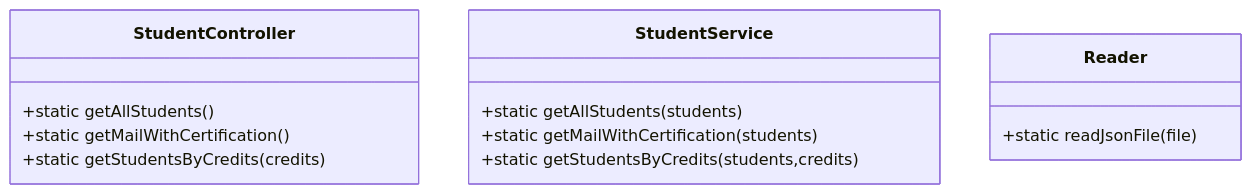
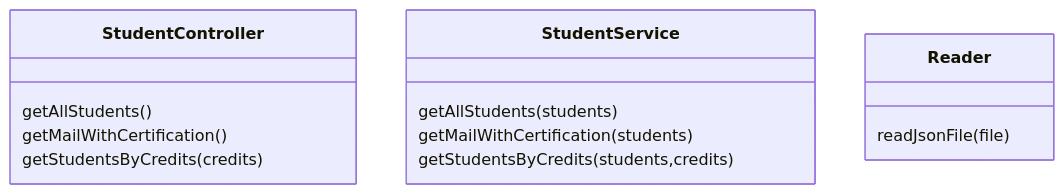
The second of 2 diagrams in README.md (FranciscoGomezSKD/VisualThinkingAPI), drawn with Mermaid before and after one commit. The commit also changed other lines of this file, not shown here.

````diff
--- a/README.md
+++ b/README.md
@@ -19,17 +15,17 @@
 ```mermaid
  classDiagram
      class StudentController{
-          +static getAllStudents()
-          +static getMailWithCertification()
-          +static getStudentsByCredits(credits)
+          getAllStudents()
+          getMailWithCertification()
+          getStudentsByCredits(credits)
       }
       class StudentService{
-          +static getAllStudents(students)
-          +static getMailWithCertification(students)
-          +static getStudentsByCredits(students,credits)
+          getAllStudents(students)
+          getMailWithCertification(students)
+          getStudentsByCredits(students,credits)
       }
       class Reader{
-          +static readJsonFile(file)
+          readJsonFile(file)
       }
 
 ```
````
